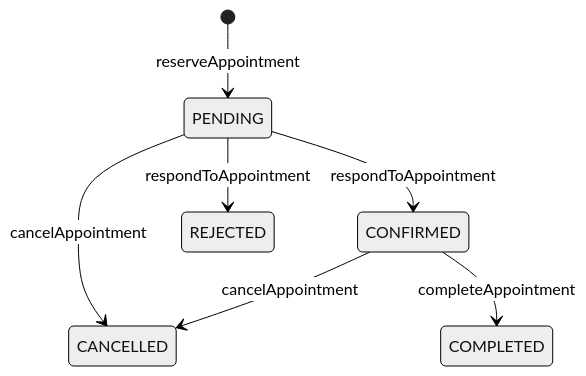
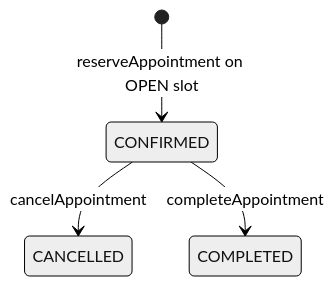
The fifth of 5 diagrams in docs/DeveloperGuide.md (CS3227-2610-MP3-HelpiNUS/CS3227-2610-MP3), drawn with Mermaid (neutral theme) before and after one commit. The commit also changed other lines of this file and 1 other file, not shown here.

````diff
--- a/docs/DeveloperGuide.md
+++ b/docs/DeveloperGuide.md
@@ -200,9 +204,6 @@
 ```mermaid
 stateDiagram-v2
-    [*] --> PENDING: reserveAppointment
-    PENDING --> CONFIRMED: respondToAppointment
-    PENDING --> REJECTED: respondToAppointment
-    PENDING --> CANCELLED: cancelAppointment
+    [*] --> CONFIRMED: reserveAppointment on OPEN slot
     CONFIRMED --> CANCELLED: cancelAppointment
     CONFIRMED --> COMPLETED: completeAppointment
 ```
````
